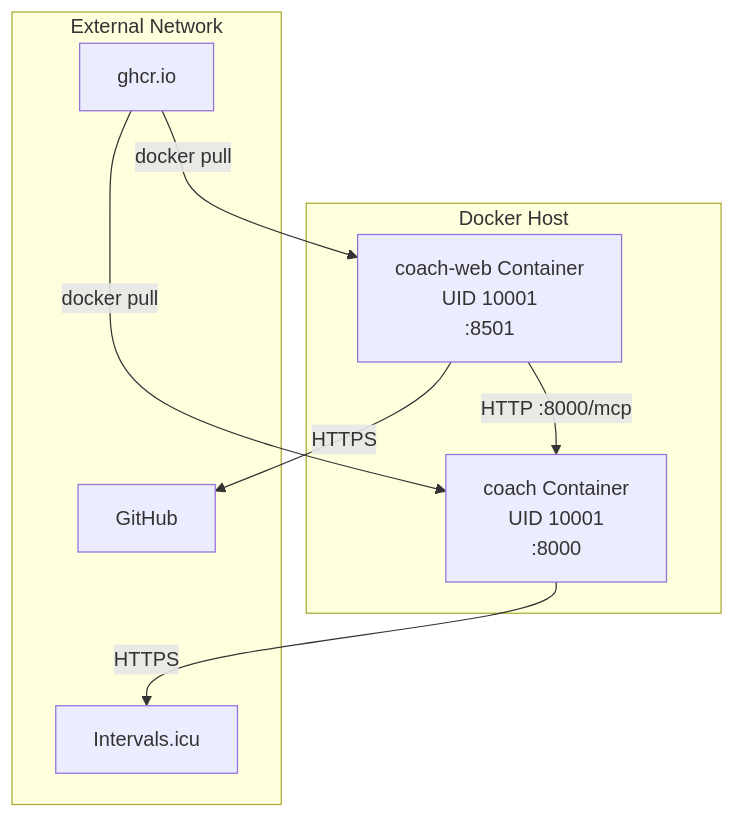
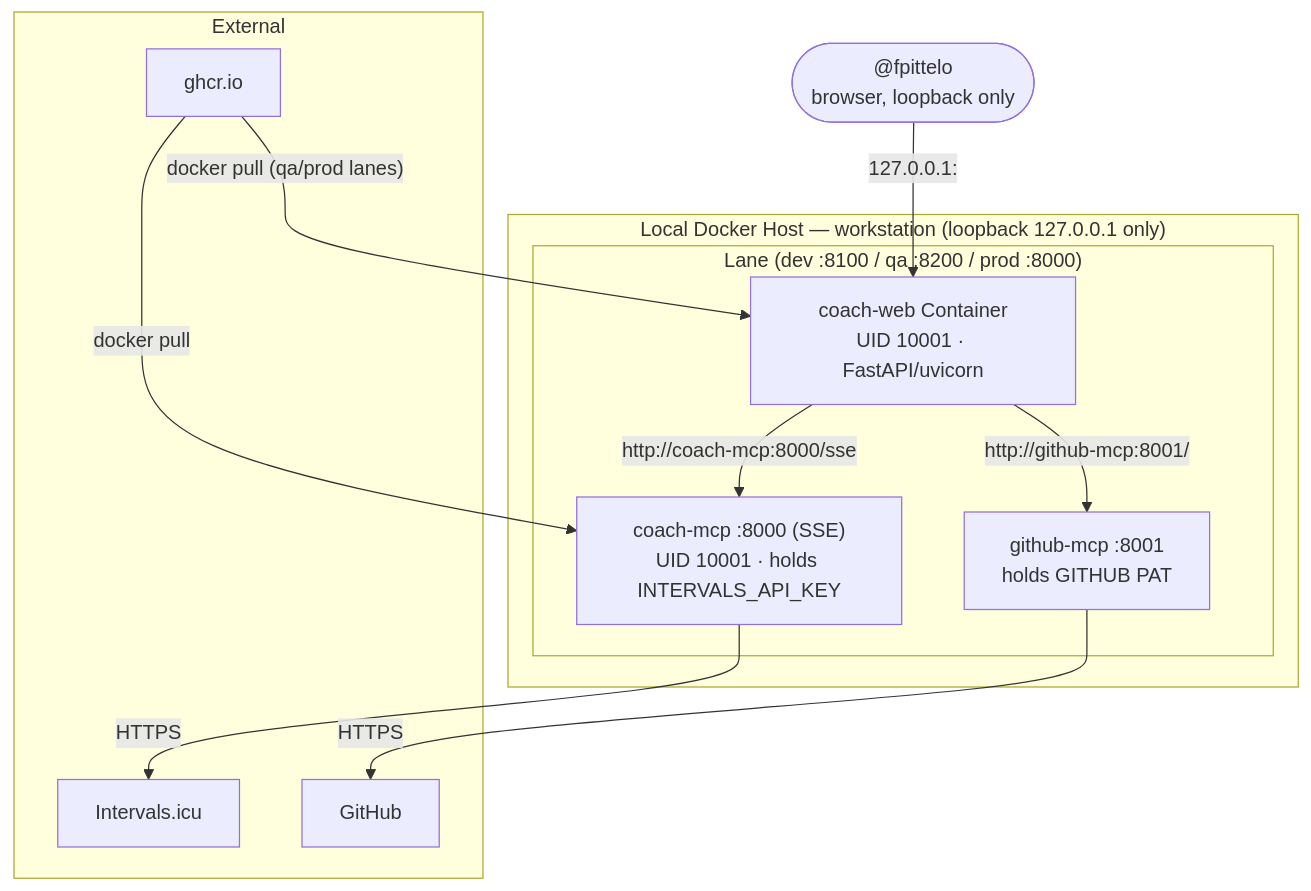
One commit to fpittelo/coach-web changed the seventh of 8 diagrams in docs/architecture.md. Above: the diagram before and after it, drawn with Mermaid. The commit also changed other lines of this file and 3 other files, not shown here.

First line of the commit message:
docs: ADR-007 local-first deployment — retire GCP topology, local Docker lanes (#108)

````diff
--- a/docs/architecture.md
+++ b/docs/architecture.md
@@ -141,19 +145,24 @@
 ```mermaid
 graph TD
-    subgraph "Docker Host"
-        WEB_CONTAINER["coach-web Container<br/>UID 10001<br/>:8501"]
-        MCP_CONTAINER["coach Container<br/>UID 10001<br/>:8000"]
+    subgraph "Local Docker Host — workstation (loopback 127.0.0.1 only)"
+        subgraph "Lane (dev :8100 / qa :8200 / prod :8000)"
+            WEB["coach-web Container<br/>UID 10001 · FastAPI/uvicorn"]
+            MCP["coach-mcp :8000 (SSE)<br/>UID 10001 · holds INTERVALS_API_KEY"]
+            GHMCP["github-mcp :8001<br/>holds GITHUB PAT"]
+        end
     end
 
-    subgraph "External Network"
+    subgraph "External"
+        GHCR["ghcr.io"]
         INTERVALS["Intervals.icu"]
         GITHUB["GitHub"]
-        GHCR["ghcr.io"]
     end
 
-    WEB_CONTAINER -->|"HTTP :8000/mcp"| MCP_CONTAINER
-    MCP_CONTAINER -->|"HTTPS"| INTERVALS
-    WEB_CONTAINER -->|"HTTPS"| GITHUB
-    GHCR -->|"docker pull"| WEB_CONTAINER
-    GHCR -->|"docker pull"| MCP_CONTAINER
+    OWNER(["@fpittelo<br/>browser, loopback only"]) -->|"127.0.0.1:<lane-port>"| WEB
+    WEB -->|"http://coach-mcp:8000/sse"| MCP
+    WEB -->|"http://github-mcp:8001/"| GHMCP
+    MCP -->|"HTTPS"| INTERVALS
+    GHMCP -->|"HTTPS"| GITHUB
+    GHCR -->|"docker pull (qa/prod lanes)"| WEB
+    GHCR -->|"docker pull"| MCP
 ```
````
